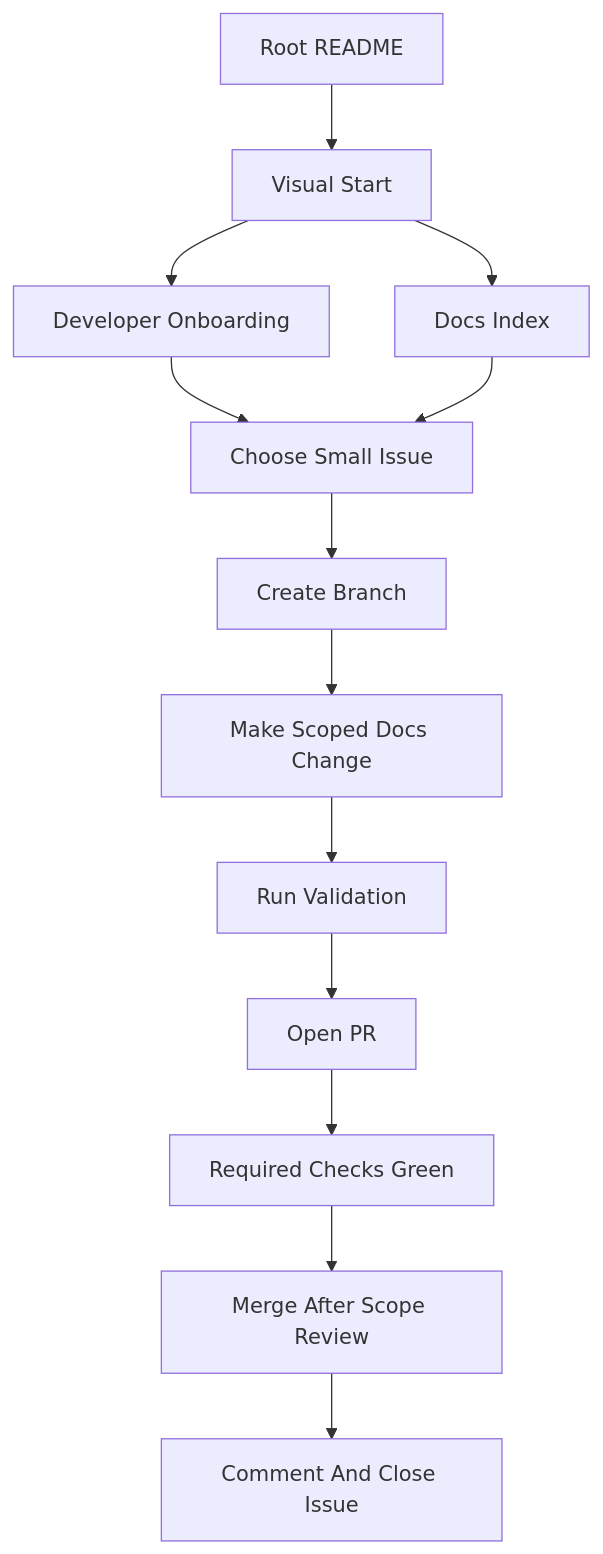
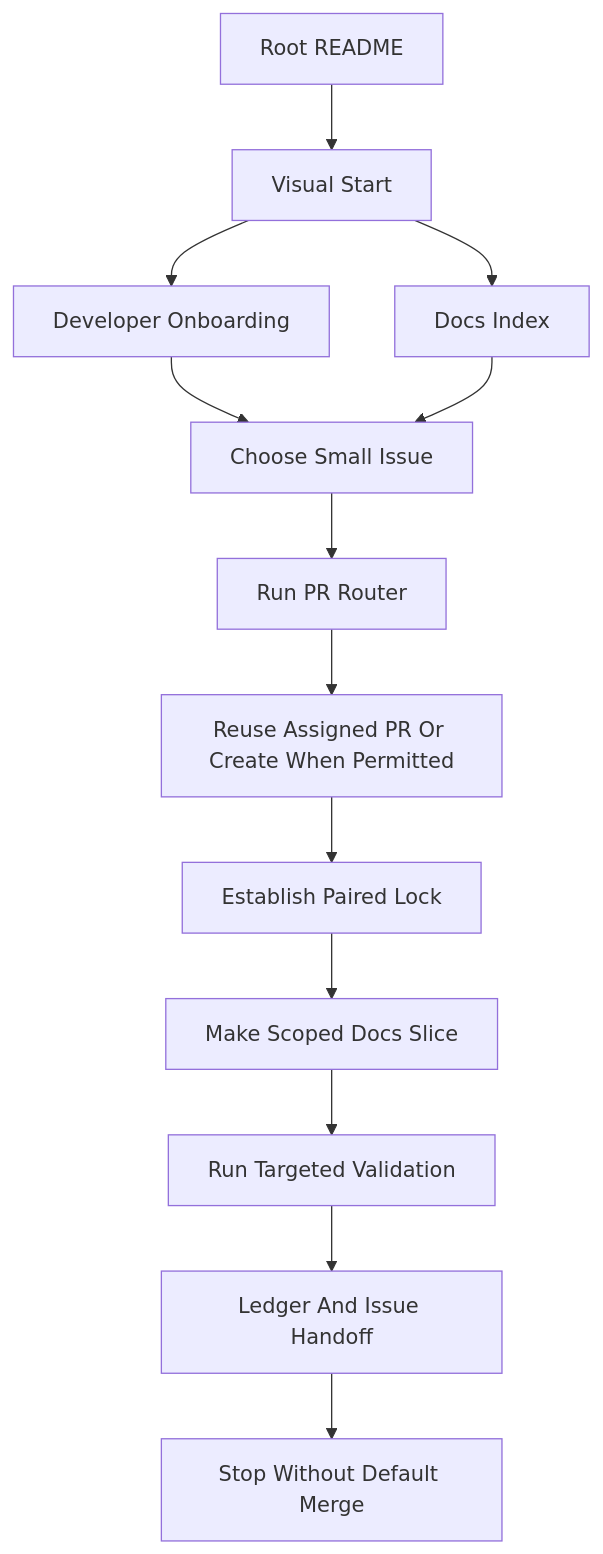
One commit to jannekbuengener/Claire_de_Binare changed the first of 2 diagrams in docs/onboarding/DEVELOPER_VISUAL_START_HERE.md. Above: the diagram before and after it, drawn with Mermaid. The commit also changed other lines of this file and 97 other files, not shown here.

````diff
--- a/docs/onboarding/DEVELOPER_VISUAL_START_HERE.md
+++ b/docs/onboarding/DEVELOPER_VISUAL_START_HERE.md
@@ -76,15 +75,15 @@
 ```mermaid
 flowchart TD
     A[Root README] --> B[Visual Start]
     B --> C[Developer Onboarding]
     B --> D[Docs Index]
     C --> E[Choose Small Issue]
     D --> E
-    E --> F[Create Branch]
-    F --> G[Make Scoped Docs Change]
-    G --> H[Run Validation]
-    H --> I[Open PR]
-    I --> J[Required Checks Green]
-    J --> K[Merge After Scope Review]
-    K --> L[Comment And Close Issue]
+    E --> F[Run PR Router]
+    F --> G[Reuse Assigned PR Or Create When Permitted]
+    G --> H[Establish Paired Lock]
+    H --> I[Make Scoped Docs Slice]
+    I --> J[Run Targeted Validation]
+    J --> K[Ledger And Issue Handoff]
+    K --> L[Stop Without Default Merge]
 ```
````
